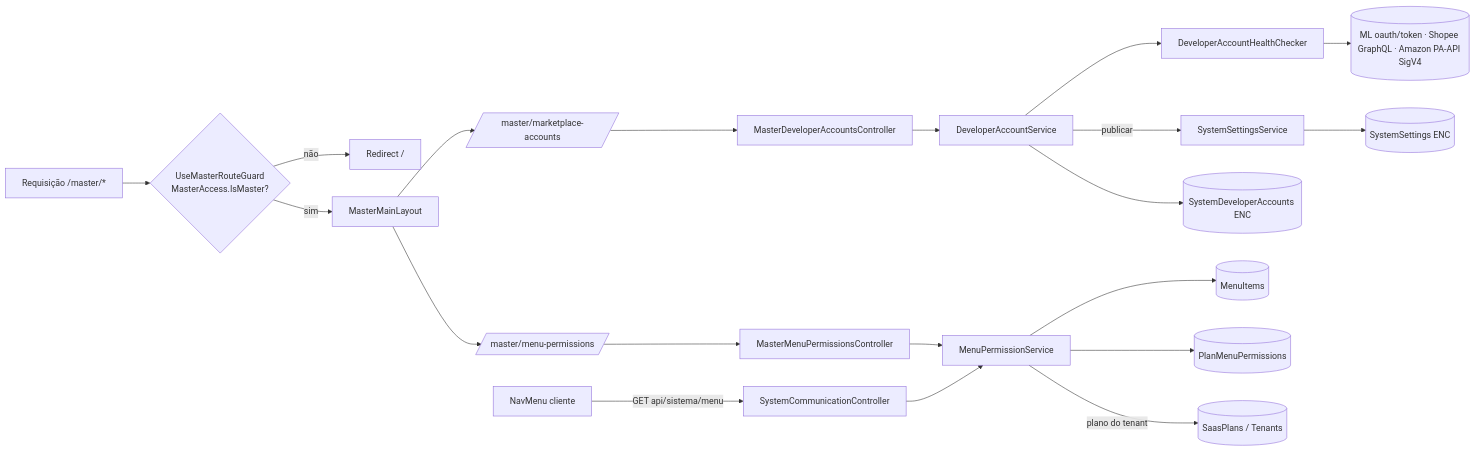
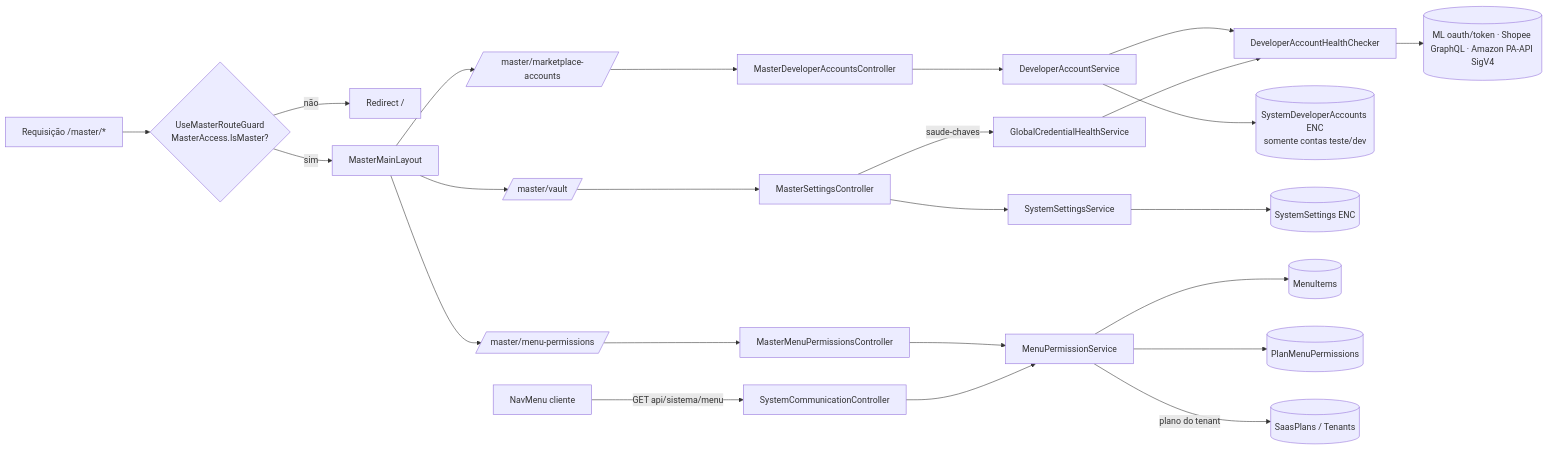
One commit to ronyaraujodeveloper/TecFlow changed diagram 19 of 20 in docs/DIAGRAMAS_ARQUITETURA.md. Above: the diagram before and after it, drawn with Mermaid. The commit also changed other lines of this file and 31 other files, not shown here.

Commit message:
feat(ui): reset de scroll, sidebar hierarquica, paletas master/cliente e vault segregado (fase 45)

````diff
--- a/docs/DIAGRAMAS_ARQUITETURA.md
+++ b/docs/DIAGRAMAS_ARQUITETURA.md
@@ -1428,19 +1428,22 @@
 ```mermaid
 flowchart LR
   REQ[Requisição /master/*] --> GUARD{UseMasterRouteGuard<br/>MasterAccess.IsMaster?}
   GUARD -- não --> HOME[Redirect /]
   GUARD -- sim --> ML[MasterMainLayout]
   ML --> DEV[/master/marketplace-accounts/]
   ML --> MENU[/master/menu-permissions/]
+  ML --> VLT[/master/vault/]
   DEV --> MDA[MasterDeveloperAccountsController]
   MDA --> DAS[DeveloperAccountService]
   DAS --> HC[DeveloperAccountHealthChecker]
   HC --> EXT[(ML oauth/token · Shopee GraphQL · Amazon PA-API SigV4)]
-  DAS -->|publicar| SSS[SystemSettingsService] --> VAULT[(SystemSettings ENC)]
-  DAS --> SDA[(SystemDeveloperAccounts ENC)]
+  DAS --> SDA[(SystemDeveloperAccounts ENC<br/>somente contas teste/dev)]
+  VLT --> MSC[MasterSettingsController]
+  MSC --> SSS[SystemSettingsService] --> VAULT[(SystemSettings ENC)]
+  MSC -->|saude-chaves| GCH[GlobalCredentialHealthService] --> HC
   MENU --> MMP[MasterMenuPermissionsController] --> MPS[MenuPermissionService]
   MPS --> MI[(MenuItems)]
   MPS --> PMP[(PlanMenuPermissions)]
   NAV[NavMenu cliente] -->|GET api/sistema/menu| SCC[SystemCommunicationController] --> MPS
   MPS -->|plano do tenant| PLANS[(SaasPlans / Tenants)]
 ```
````
